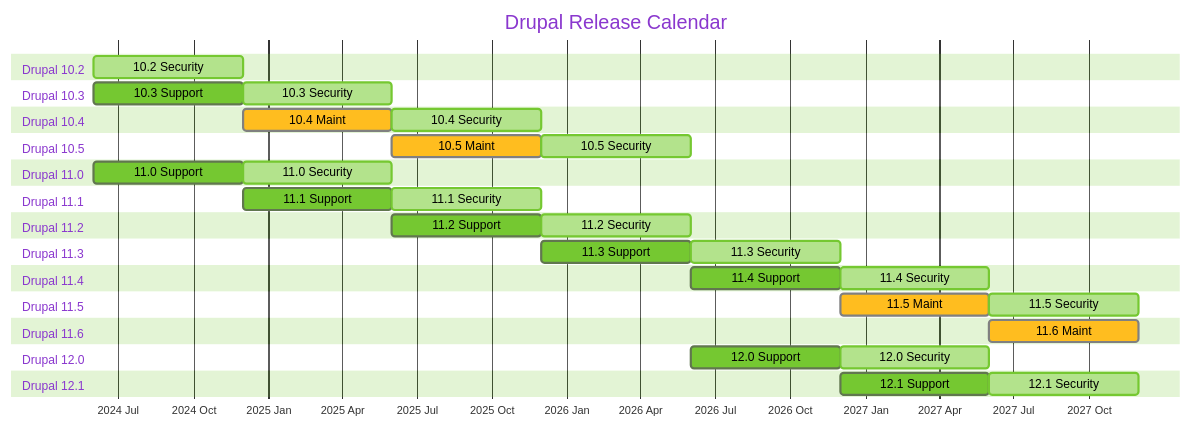
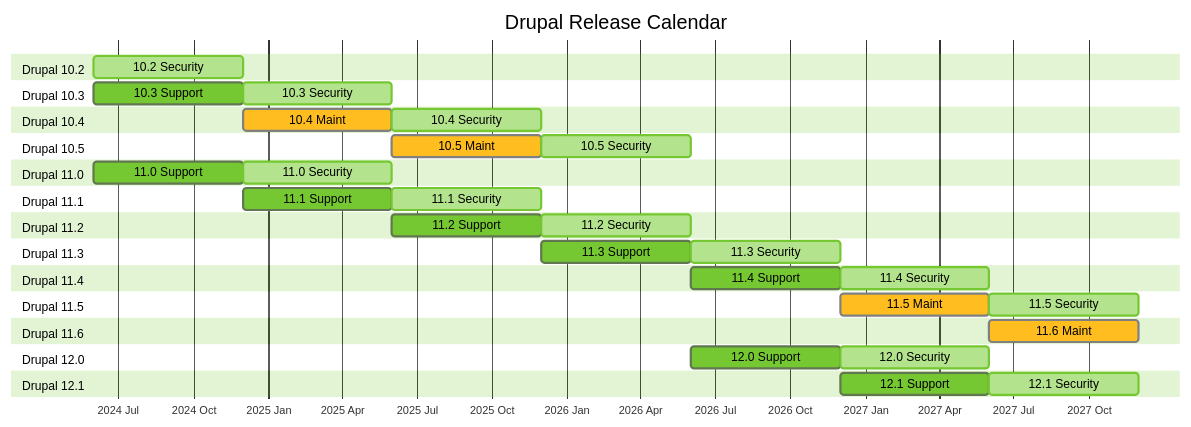
One commit to magulaiz/Drupal changed the diagram in RELEASES-CALENDAR.md. Above: the diagram before and after it, drawn with Mermaid.

Commit message:
Removed too much.

````diff
--- a/RELEASES-CALENDAR.md
+++ b/RELEASES-CALENDAR.md
@@ -5,58 +5,59 @@
 ```mermaid
 ---
 displayMode: compact
 ---
 %%{
   init: {
     'theme': 'base',
     'themeVariables': {
       'primaryColor': '#75c831',
       'tertiaryColor': '#75c831',
+      'tertiaryTextColor': '#000000',
       'doneTaskBkgColor': '#ffbd1f',
       'textColor': '#000000'
     }
   }
 }%%
 gantt
     title Drupal Release Calendar
     dateFormat  YYYY-MM
     todayMarker off
     axisFormat %Y %b
     section Drupal 10.2
     10.2 Security   :active, 102sec, 2024-06, 6M
     section Drupal 10.3
     10.3 Support    :103sup, 2024-06, 6M
     10.3 Security   :active, 103sec, after 103sup,6M
     section Drupal 10.4
     10.4 Maint      :done, 104mnt, after 103sup, 6M
     10.4 Security   :active, 104sec, after 104mnt, 6M
     section Drupal 10.5
     10.5 Maint      :done, 105mnt, after 104mnt, 6M
     10.5 Security   :active, 105sec, after 105mnt, 6M
     section Drupal 11.0
     11.0 Support    :110sup, 2024-06  , 6M
     11.0 Security   :active, 110sec, after 110sup, 6M
     section Drupal 11.1
     11.1 Support    :111sup, after 110sup, 6M
     11.1 Security   :active, 111sec, after 111sup, 6M
     section Drupal 11.2
     11.2 Support    :112sup, after 111sup, 6M
     11.2 Security   :active, 112sec, after 112sup, 6M
     section Drupal 11.3
     11.3 Support    :113sup, after 112sup, 6M
     11.3 Security   :active, 113sec, after 113sup, 6M
     section Drupal 11.4
     11.4 Support    :114sup, after 113sup, 6M
     11.4 Security   :active, 114sec, after 114sup, 6M
     section Drupal 11.5
     11.5 Maint      :done, 115mnt, after 114sup, 6M
     11.5 Security   :active, 115sec, after 115mnt, 6M
     section Drupal 11.6
     11.6 Maint      :done, 116mnt, after 115mnt, 6M
     section Drupal 12.0
     12.0 Support    :120sup, after 113sup, 6M
     12.0 Security   :active, 120sec, after 120sup, 6M
     section Drupal 12.1
     12.1 Support    :121sup, after 120sup, 6M
     12.1 Security   :active, after 121sup, 6M
 ```
````
